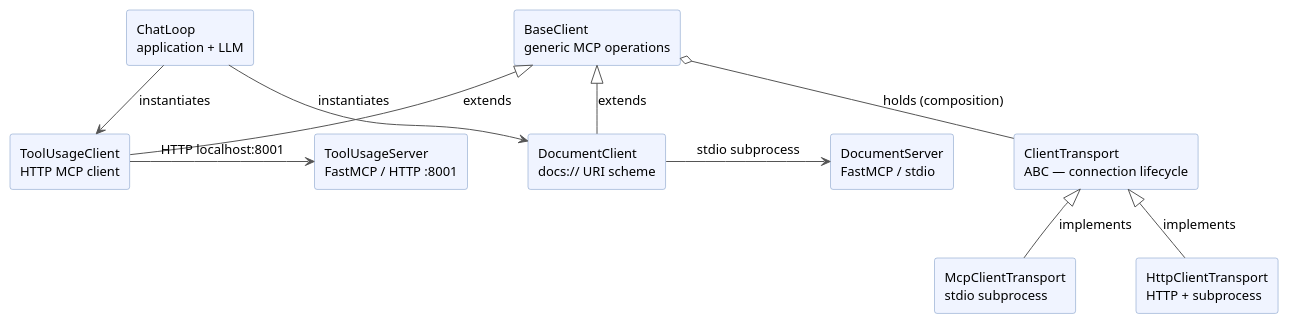
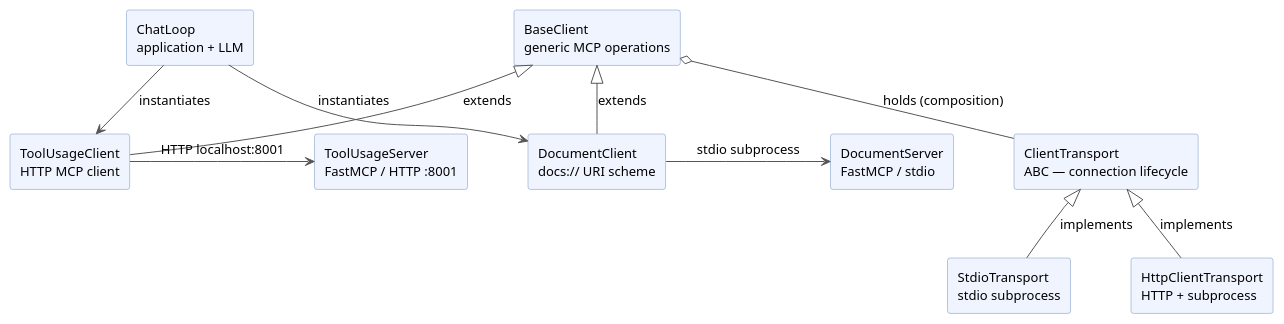
Before and after one commit to lzfelix/building-with-claude: the diagram in diagrams/mcp-architecture.puml, drawn with PlantUML. The commit also changed 4 other files, not shown here.

Commit message:
refactor:Rename McpClientTransport to StdioTransport

```diff
--- a/diagrams/mcp-architecture.puml
+++ b/diagrams/mcp-architecture.puml
@@ -1,33 +1,33 @@
 @startuml mcp-architecture
 skinparam backgroundColor white
 skinparam defaultFontSize 13
 skinparam ArrowColor #555555
 skinparam nodesep 60
 skinparam ranksep 50
 
 skinparam rectangle {
     BackgroundColor #F0F4FF
     BorderColor #7090C0
 }
 
 rectangle "ClientTransport\nABC — connection lifecycle" as transport
-rectangle "McpClientTransport\nstdio subprocess" as stdio_transport
+rectangle "StdioTransport\nstdio subprocess" as stdio_transport
 rectangle "HttpClientTransport\nHTTP + subprocess" as http_transport
 rectangle "BaseClient\ngeneric MCP operations" as base
 rectangle "DocumentClient\ndocs:// URI scheme" as docclient
 rectangle "DocumentServer\nFastMCP / stdio" as docserver
 rectangle "ToolUsageClient\nHTTP MCP client" as toolclient
 rectangle "ToolUsageServer\nFastMCP / HTTP :8001" as toolserver
 rectangle "ChatLoop\napplication + LLM" as chat
 
 transport <|-- stdio_transport   : implements
 transport <|-- http_transport    : implements
 base       o-- transport         : holds (composition)
 base      <|-- docclient         : extends
 base      <|-- toolclient        : extends
 chat      -down-> docclient      : instantiates
 chat      -down-> toolclient     : instantiates
 docclient -right-> docserver     : stdio subprocess
 toolclient -right-> toolserver   : HTTP localhost:8001
 
 @enduml
```
